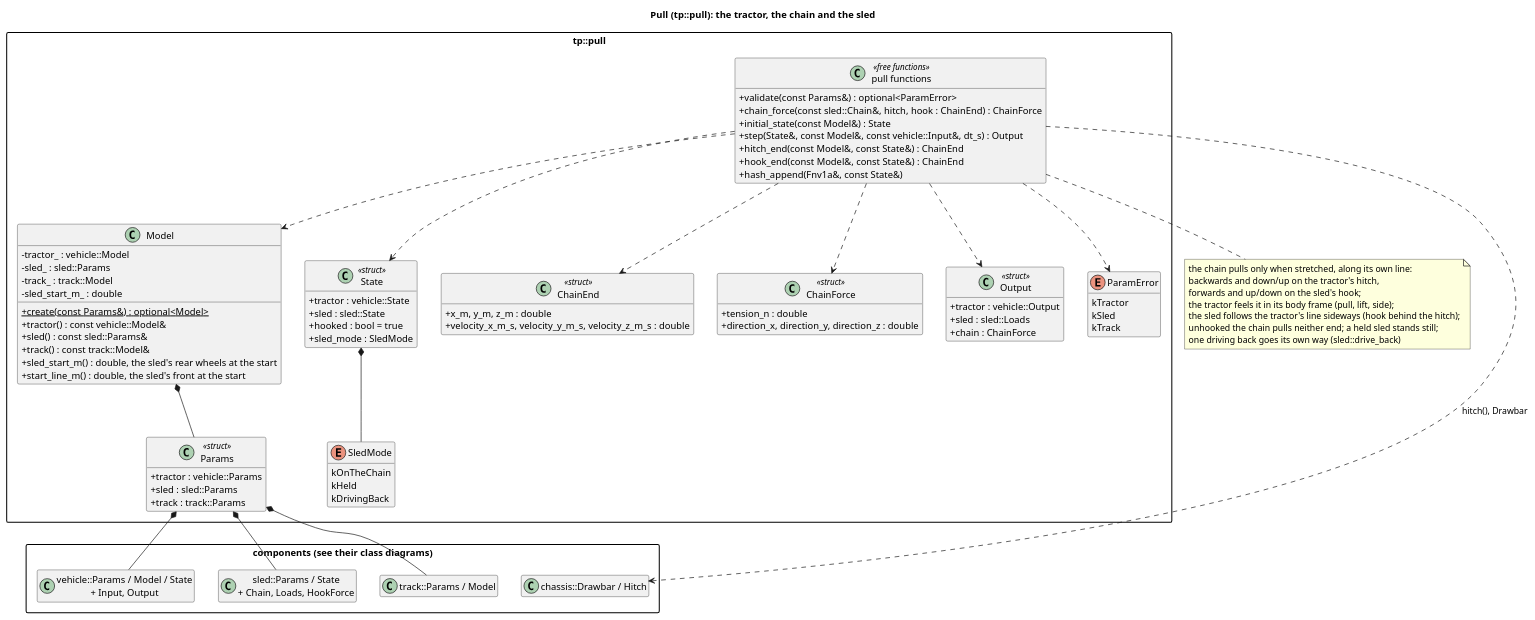
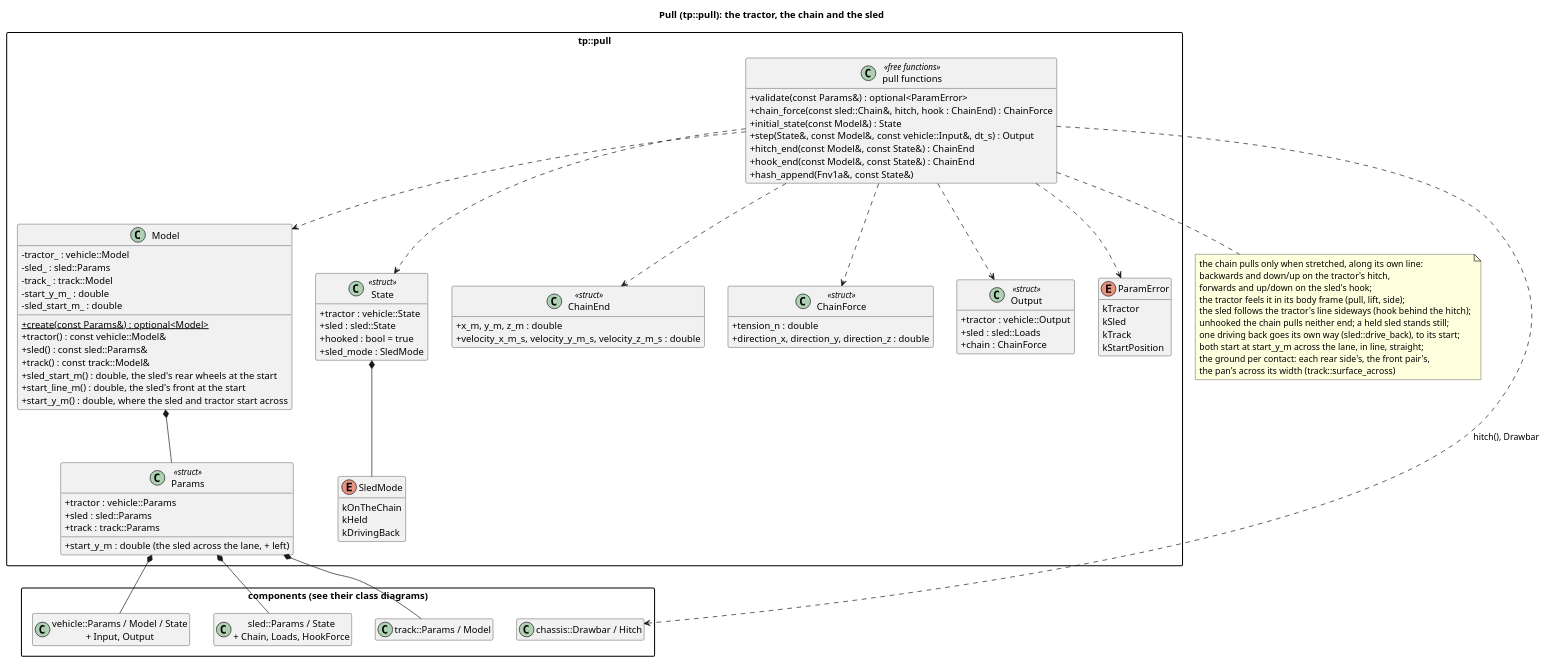
Before and after one commit to wversteeg/TractorPulling: the diagram in docs/diagrams/pull_classes.puml, drawn with PlantUML. The commit also changed 82 other files, not shown here.

First line of the commit message:
Spots across the lane, the crew's report and the start position

```diff
--- a/docs/diagrams/pull_classes.puml
+++ b/docs/diagrams/pull_classes.puml
@@ -1,92 +1,99 @@
 @startuml pull_classes
 title Pull (tp::pull): the tractor, the chain and the sled
 hide empty members
 skinparam packageStyle rectangle
 skinparam classAttributeIconSize 0
 
 package "components (see their class diagrams)" {
   class "vehicle::Params / Model / State\n+ Input, Output" as Vehicle
   class "sled::Params / State\n+ Chain, Loads, HookForce" as Sled
   class "chassis::Drawbar / Hitch" as Chassis
   class "track::Params / Model" as Track
 }
 
 package "tp::pull" {
   class Params <<struct>> {
     +tractor : vehicle::Params
     +sled : sled::Params
     +track : track::Params
+    +start_y_m : double (the sled across the lane, + left)
   }
   class Model {
     -tractor_ : vehicle::Model
     -sled_ : sled::Params
     -track_ : track::Model
+    -start_y_m_ : double
     -sled_start_m_ : double
     +{static} create(const Params&) : optional<Model>
     +tractor() : const vehicle::Model&
     +sled() : const sled::Params&
     +track() : const track::Model&
     +sled_start_m() : double, the sled's rear wheels at the start
     +start_line_m() : double, the sled's front at the start
+    +start_y_m() : double, where the sled and tractor start across
   }
   class State <<struct>> {
     +tractor : vehicle::State
     +sled : sled::State
     +hooked : bool = true
     +sled_mode : SledMode
   }
   enum SledMode {
     kOnTheChain
     kHeld
     kDrivingBack
   }
   class ChainEnd <<struct>> {
     +x_m, y_m, z_m : double
     +velocity_x_m_s, velocity_y_m_s, velocity_z_m_s : double
   }
   class ChainForce <<struct>> {
     +tension_n : double
     +direction_x, direction_y, direction_z : double
   }
   class Output <<struct>> {
     +tractor : vehicle::Output
     +sled : sled::Loads
     +chain : ChainForce
   }
   enum ParamError {
     kTractor
     kSled
     kTrack
+    kStartPosition
   }
   class "pull functions" as PullFns <<free functions>> {
     +validate(const Params&) : optional<ParamError>
     +chain_force(const sled::Chain&, hitch, hook : ChainEnd) : ChainForce
     +initial_state(const Model&) : State
     +step(State&, const Model&, const vehicle::Input&, dt_s) : Output
     +hitch_end(const Model&, const State&) : ChainEnd
     +hook_end(const Model&, const State&) : ChainEnd
     +hash_append(Fnv1a&, const State&)
   }
   Model *-- Params
   State *-- SledMode
   PullFns ..> Model
   PullFns ..> State
   PullFns ..> ChainEnd
   PullFns ..> ChainForce
   PullFns ..> Output
   PullFns ..> ParamError
 }
 Params *-- Vehicle
 Params *-- Sled
 Params *-- Track
 PullFns ..> Chassis : hitch(), Drawbar
 note bottom of PullFns
   the chain pulls only when stretched, along its own line:
   backwards and down/up on the tractor's hitch,
   forwards and up/down on the sled's hook;
   the tractor feels it in its body frame (pull, lift, side);
   the sled follows the tractor's line sideways (hook behind the hitch);
   unhooked the chain pulls neither end; a held sled stands still;
-  one driving back goes its own way (sled::drive_back)
+  one driving back goes its own way (sled::drive_back), to its start;
+  both start at start_y_m across the lane, in line, straight;
+  the ground per contact: each rear side's, the front pair's,
+  the pan's across its width (track::surface_across)
 end note
 @enduml
```
